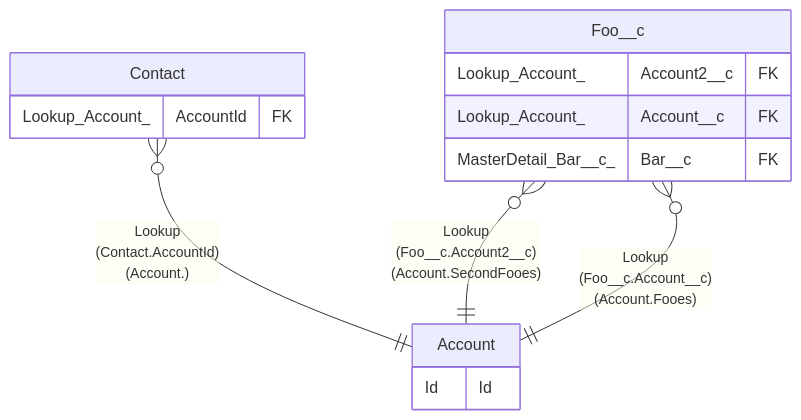
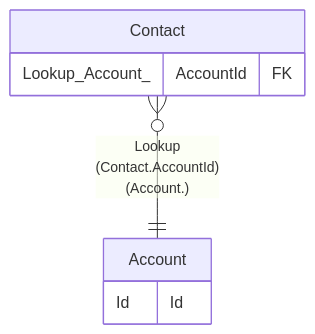
One commit to shellyln/tbls-driver-sf-cli-meta changed the diagram in sample/Contact.md. Above: the diagram before and after it, drawn with Mermaid. The commit also changed 7 other files, not shown here.

````diff
--- a/sample/Contact.md
+++ b/sample/Contact.md
@@ -67,25 +67,14 @@
 ```mermaid
 erDiagram
 
 "Contact" }o--|| "Account" : "Lookup
 (Contact.AccountId)
 (Account.)"
-"Foo__c" }o--|| "Account" : "Lookup
-(Foo__c.Account2__c)
-(Account.SecondFooes)"
-"Foo__c" }o--|| "Account" : "Lookup
-(Foo__c.Account__c)
-(Account.Fooes)"
 
 "Contact" {
   Lookup_Account_ AccountId FK
 }
 "Account" {
   Id Id
 }
-"Foo__c" {
-  Lookup_Account_ Account2__c FK
-  Lookup_Account_ Account__c FK
-  MasterDetail_Bar__c_ Bar__c FK
-}
 ```
````
